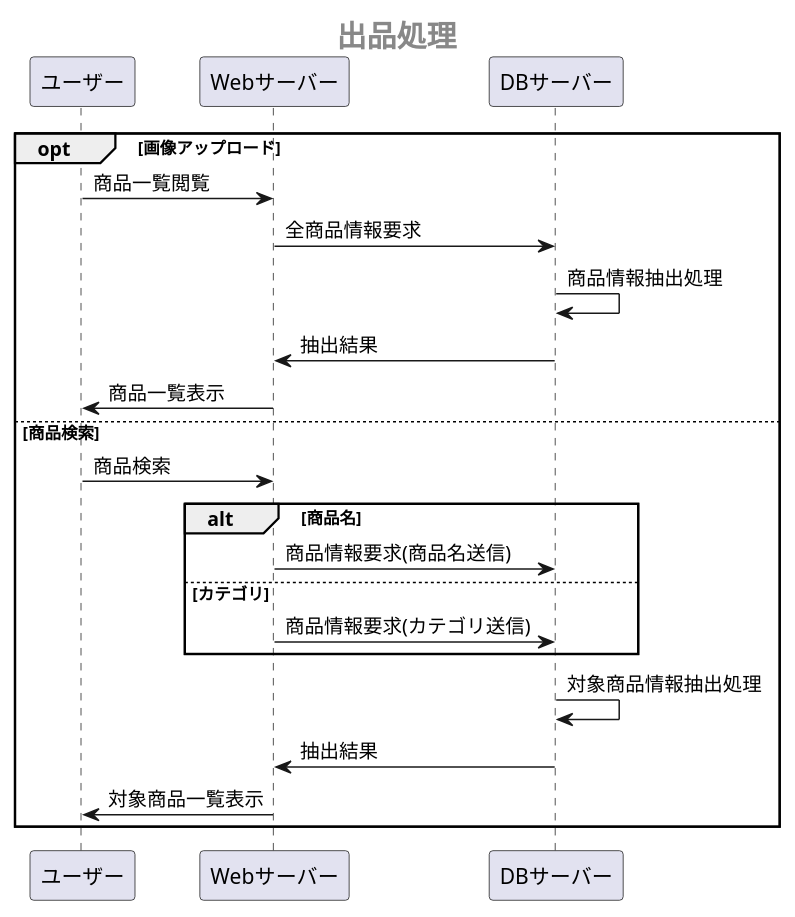
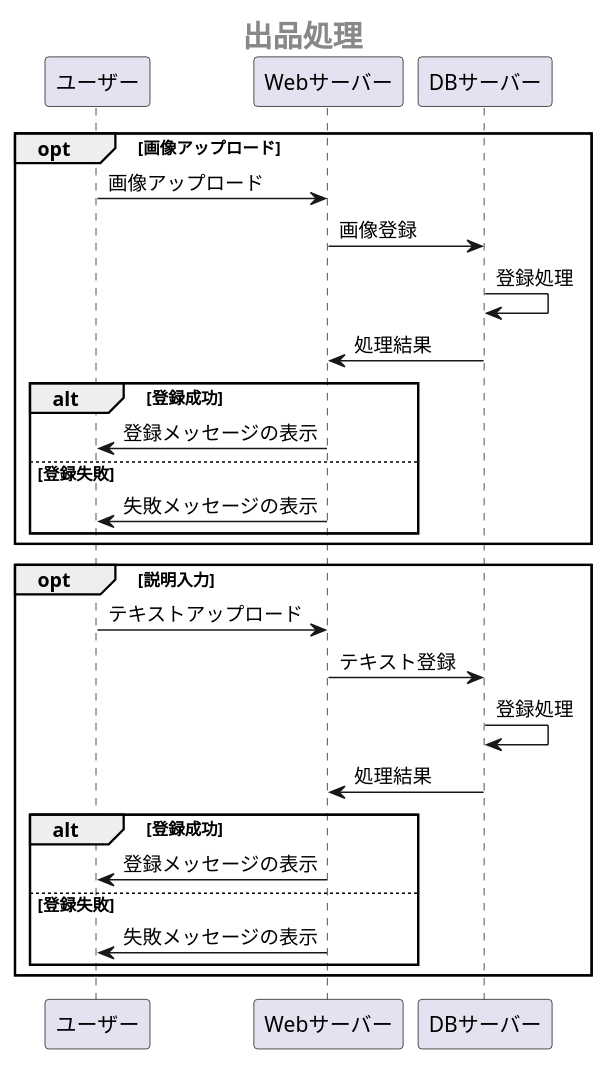
One commit to Aso2001147/system3 changed the fifth of 5 diagrams in 業務フロー図.md. Above: the diagram before and after it, drawn with PlantUML.

````diff
--- a/業務フロー図.md
+++ b/業務フロー図.md
@@ -123,26 +123,32 @@
 ```uml
 @startuml
  center header <size:20><b>出品処理</b></size>
  opt 画像アップロード
- 
- ユーザー -> Webサーバー:商品一覧閲覧
- Webサーバー -> DBサーバー:全商品情報要求
- DBサーバー -> DBサーバー:商品情報抽出処理
- DBサーバー -> Webサーバー:抽出結果
- Webサーバー -> ユーザー:商品一覧表示
+   ユーザー -> Webサーバー:画像アップロード
+   Webサーバー -> DBサーバー:画像登録
+   DBサーバー -> DBサーバー:登録処理
+   DBサーバー -> Webサーバー:処理結果
 
- 
+   alt 登録成功
+     Webサーバー ->ユーザー:登録メッセージの表示
+   else 登録失敗
+     Webサーバー ->ユーザー:失敗メッセージの表示
+   end
+  end
+  
+  opt 説明入力
+   ユーザー -> Webサーバー:テキストアップロード
+   Webサーバー -> DBサーバー:テキスト登録
+   DBサーバー -> DBサーバー:登録処理
+   DBサーバー -> Webサーバー:処理結果
 
- else 商品検索
-  ユーザー -> Webサーバー:商品検索
-  alt 商品名
-   Webサーバー -> DBサーバー:商品情報要求(商品名送信)
-  else カテゴリ
-   Webサーバー -> DBサーバー:商品情報要求(カテゴリ送信)
+   alt 登録成功
+     Webサーバー ->ユーザー:登録メッセージの表示
+   else 登録失敗
+     Webサーバー ->ユーザー:失敗メッセージの表示
+   end
   end
-  DBサーバー -> DBサーバー:対象商品情報抽出処理
-  DBサーバー -> Webサーバー:抽出結果
-  Webサーバー -> ユーザー:対象商品一覧表示
- end
+  
+  
 @enduml
 ```
````
